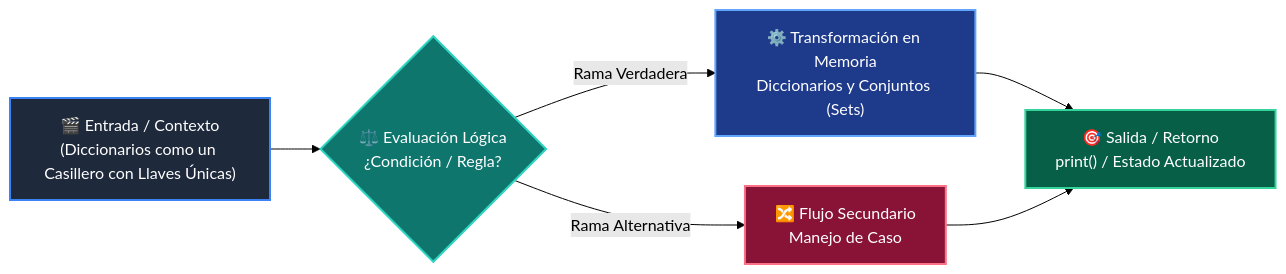
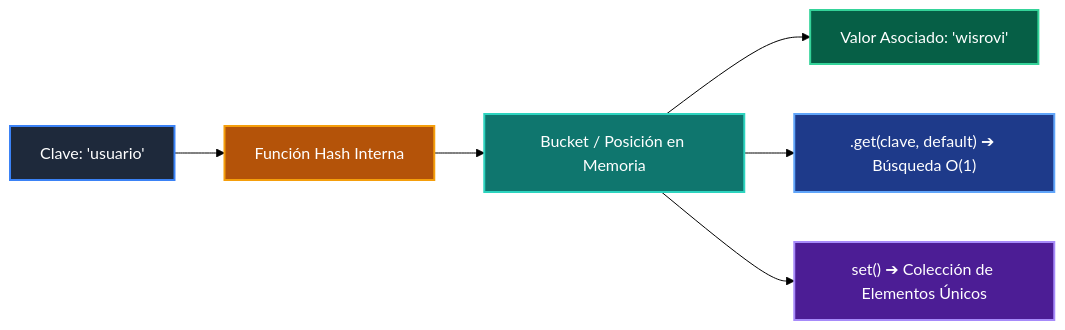
One commit to wisrovi/wisrovi-python changed the diagram in 01-fundamentos-python/clase-06-diccionarios/README.md. Above: the diagram before and after it, drawn with Mermaid (forest theme). The commit also changed other lines of this file and 271 other files, not shown here.

Commit message:
docs: rewrite all README.md files with bespoke topic-specific Mermaid diagrams and remove repetitive boilerplate

````diff
--- a/01-fundamentos-python/clase-06-diccionarios/README.md
+++ b/01-fundamentos-python/clase-06-diccionarios/README.md
@@ -35,14 +12,15 @@
 ```mermaid
 flowchart LR
-    A["🎬 Entrada / Contexto<br/>(Diccionarios como un Casillero con Llaves Únicas)"] --> B{"⚖️ Evaluación Lógica<br/>¿Condición / Regla?"}
-    B -->|Rama Verdadera| C["⚙️ Transformación en Memoria<br/>Diccionarios y Conjuntos (Sets)"]
-    B -->|Rama Alternativa| D["🔀 Flujo Secundario<br/>Manejo de Caso"]
-    C --> E["🎯 Salida / Retorno<br/>print() / Estado Actualizado"]
-    D --> E
+    KEY["Clave: 'usuario'"] --> HASH["Función Hash Interna"]
+    HASH --> BUCKET["Bucket / Posición en Memoria"]
+    BUCKET --> VAL["Valor Asociado: 'wisrovi'"]
+    BUCKET --> GET[".get(clave, default) ➔ Búsqueda O(1)"]
+    BUCKET --> SET["set() ➔ Colección de Elementos Únicos"]
 
-    style A fill:#1e293b,color:#ffffff,stroke:#3b82f6,stroke-width:2px
-    style B fill:#0f766e,color:#ffffff,stroke:#2dd4bf,stroke-width:2px
-    style C fill:#1e3a8a,color:#ffffff,stroke:#60a5fa,stroke-width:2px
-    style D fill:#881337,color:#ffffff,stroke:#fb7185,stroke-width:2px
-    style E fill:#065f46,color:#ffffff,stroke:#34d399,stroke-width:2px
+    style KEY fill:#1e293b,color:#fff,stroke:#3b82f6,stroke-width:2px
+    style HASH fill:#b45309,color:#fff,stroke:#f59e0b,stroke-width:2px
+    style BUCKET fill:#0f766e,color:#fff,stroke:#2dd4bf,stroke-width:2px
+    style VAL fill:#065f46,color:#fff,stroke:#34d399,stroke-width:2px
+    style GET fill:#1e3a8a,color:#fff,stroke:#60a5fa,stroke-width:2px
+    style SET fill:#4c1d95,color:#fff,stroke:#a78bfa,stroke-width:2px
 ```
````
